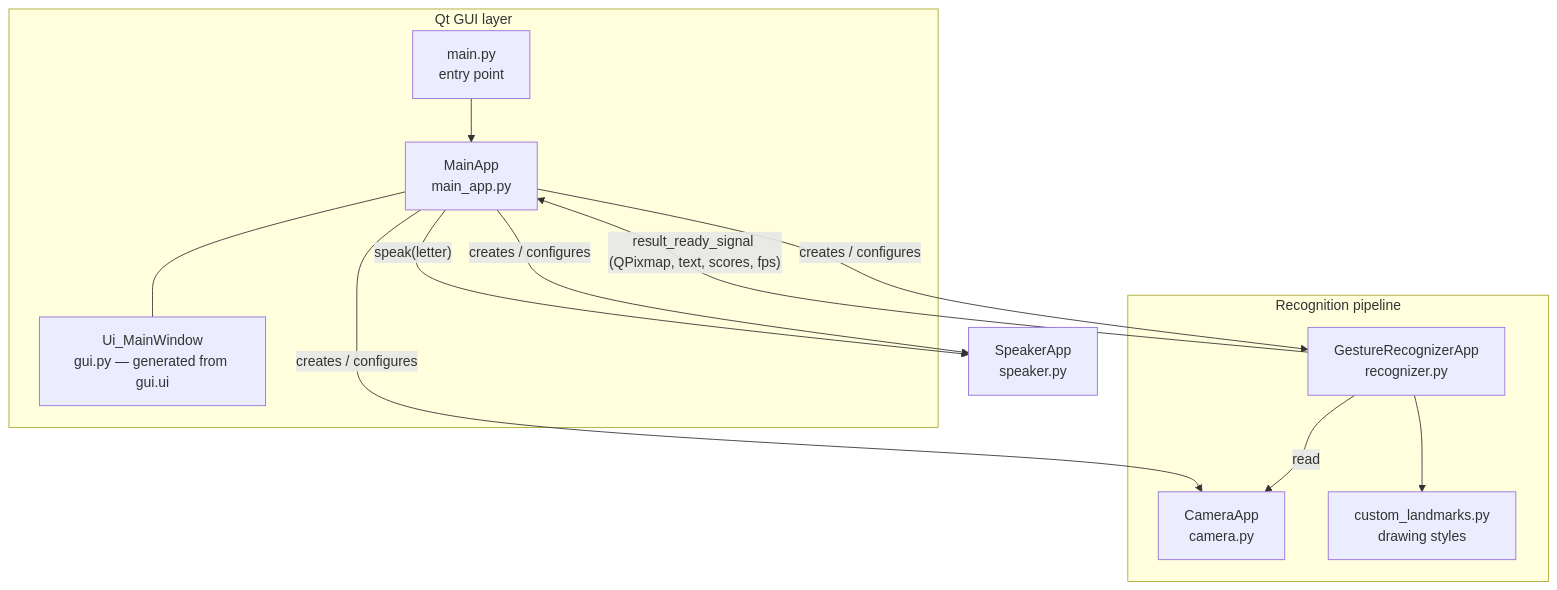
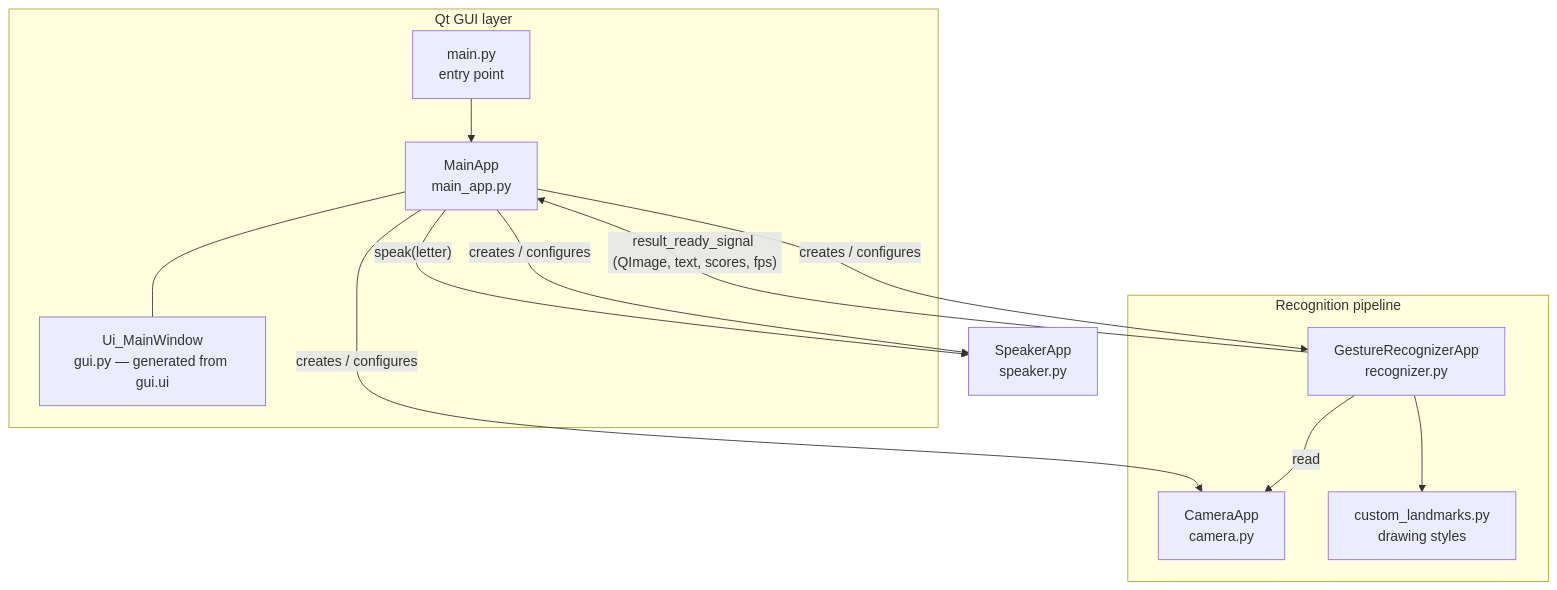
Before and after one commit to DXtR1337/AI_sign_language_translator: the first of 2 diagrams in docs/TECHNICAL_DOCUMENTATION.md, drawn with Mermaid. The commit also changed other lines of this file and 5 other files, not shown here.

````diff
--- a/docs/TECHNICAL_DOCUMENTATION.md
+++ b/docs/TECHNICAL_DOCUMENTATION.md
@@ -52,23 +53,23 @@
 ```mermaid
 flowchart TB
     subgraph GUI["Qt GUI layer"]
         MAIN[main.py<br/>entry point] --> APP[MainApp<br/>main_app.py]
         APP --- UI[Ui_MainWindow<br/>gui.py — generated from gui.ui]
     end
 
     subgraph Pipeline["Recognition pipeline"]
         CAM[CameraApp<br/>camera.py]
         REC[GestureRecognizerApp<br/>recognizer.py]
         LMK[custom_landmarks.py<br/>drawing styles]
         REC -->|read| CAM
         REC --> LMK
     end
 
     TTS[SpeakerApp<br/>speaker.py]
 
     APP -->|creates / configures| CAM
     APP -->|creates / configures| REC
     APP -->|creates / configures| TTS
-    REC -->|"result_ready_signal (QPixmap, text, scores, fps)"| APP
+    REC -->|"result_ready_signal (QImage, text, scores, fps)"| APP
     APP -->|"speak(letter)"| TTS
 ```
````
